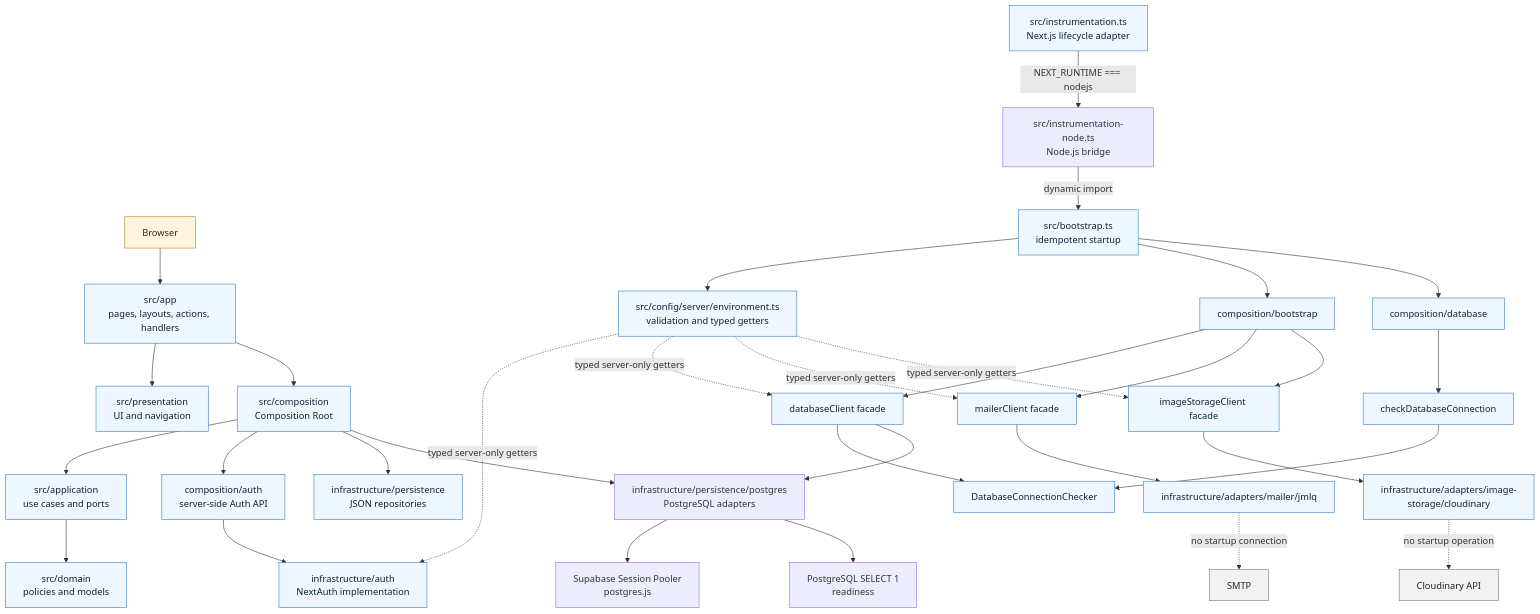
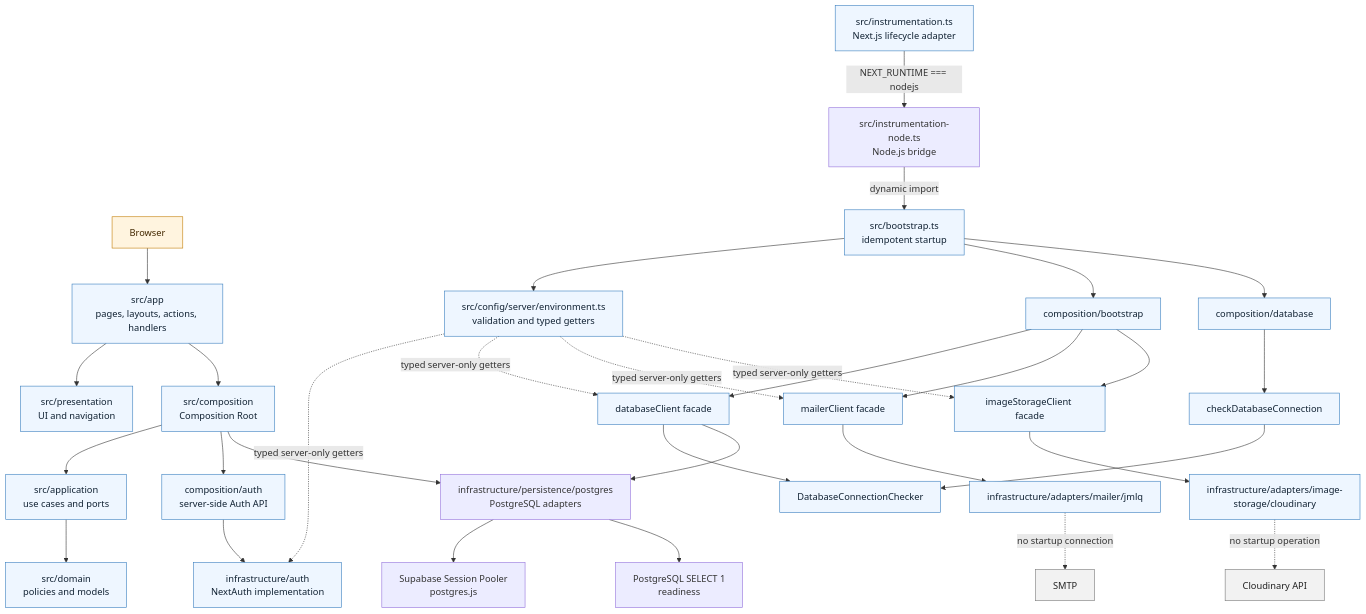
The diagram in architecture.md (MLahuasi/opencode-daycare), drawn with Mermaid before and after one commit. The commit also changed 3 other files, not shown here.

Commit message:
Open-Day-Care - spec-32-postgres-persistence-cutover - 4.  Cambiar Auth para usar IDs PostgreSQL y daycareId.

````diff
--- a/architecture.md
+++ b/architecture.md
@@ -80,44 +80,43 @@
 ```mermaid
 flowchart TB
     BROWSER[Browser] --> ROUTES[src/app<br/>pages, layouts, actions, handlers]
     ROUTES --> PRESENTATION[src/presentation<br/>UI and navigation]
     ROUTES --> COMPOSITION[src/composition<br/>Composition Root]
 
     COMPOSITION --> APPLICATION[src/application<br/>use cases and ports]
     APPLICATION --> DOMAIN[src/domain<br/>policies and models]
     COMPOSITION --> AUTH[composition/auth<br/>server-side Auth API]
     AUTH --> AUTH_INFRA[infrastructure/auth<br/>NextAuth implementation]
-    COMPOSITION --> PERSISTENCE[infrastructure/persistence<br/>JSON repositories]
-    COMPOSITION --> POSTGRES[infrastructure/persistence/postgres<br/>PostgreSQL adapters]
+     COMPOSITION --> POSTGRES[infrastructure/persistence/postgres<br/>PostgreSQL adapters]
     POSTGRES --> POOLER[Supabase Session Pooler<br/>postgres.js]
 
     INSTRUMENTATION[src/instrumentation.ts<br/>Next.js lifecycle adapter] -->|NEXT_RUNTIME === nodejs| NODE_INSTRUMENTATION[src/instrumentation-node.ts<br/>Node.js bridge]
     NODE_INSTRUMENTATION -->|dynamic import| BOOTSTRAP[src/bootstrap.ts<br/>idempotent startup]
     BOOTSTRAP --> ENV[src/config/server/environment.ts<br/>validation and typed getters]
     BOOTSTRAP --> BOOT_COMPOSITION[composition/bootstrap]
     BOOTSTRAP --> DB_COMPOSITION[composition/database]
     BOOT_COMPOSITION --> DB_FACADE[databaseClient facade]
     BOOT_COMPOSITION --> MAIL_FACADE[mailerClient facade]
     BOOT_COMPOSITION --> IMAGE_FACADE[imageStorageClient facade]
     DB_COMPOSITION --> CHECK_USE_CASE[checkDatabaseConnection]
     CHECK_USE_CASE --> DB_PORT[DatabaseConnectionChecker]
     DB_FACADE --> DB_PORT
     DB_FACADE --> POSTGRES
     POSTGRES --> READINESS[PostgreSQL SELECT 1<br/>readiness]
     MAIL_FACADE --> JMLQ[infrastructure/adapters/mailer/jmlq]
     JMLQ -. no startup connection .-> SMTP[SMTP]
     IMAGE_FACADE --> CLOUDINARY[infrastructure/adapters/image-storage/cloudinary]
     CLOUDINARY -. no startup operation .-> CLOUDINARY_API[Cloudinary API]
 
     ENV -. typed server-only getters .-> AUTH_INFRA
     ENV -. typed server-only getters .-> DB_FACADE
     ENV -. typed server-only getters .-> MAIL_FACADE
     ENV -. typed server-only getters .-> IMAGE_FACADE
 
     classDef server fill:#eef6ff,stroke:#377dbe,color:#123;
     classDef boundary fill:#fff4df,stroke:#c27b00,color:#432800;
     classDef external fill:#f2f2f2,stroke:#777,color:#222;
-    class ROUTES,PRESENTATION,COMPOSITION,APPLICATION,DOMAIN,AUTH,AUTH_INFRA,PERSISTENCE,INSTRUMENTATION,RUNTIME,BOOTSTRAP,ENV,BOOT_COMPOSITION,DB_COMPOSITION,DB_FACADE,MAIL_FACADE,IMAGE_FACADE,DB_PORT,CHECK_USE_CASE,SUPABASE_PROVIDER,JMLQ,CLOUDINARY server;
+     class ROUTES,PRESENTATION,COMPOSITION,APPLICATION,DOMAIN,AUTH,AUTH_INFRA,INSTRUMENTATION,RUNTIME,BOOTSTRAP,ENV,BOOT_COMPOSITION,DB_COMPOSITION,DB_FACADE,MAIL_FACADE,IMAGE_FACADE,DB_PORT,CHECK_USE_CASE,SUPABASE_PROVIDER,JMLQ,CLOUDINARY server;
     class BROWSER boundary;
     class SUPABASE,SMTP,CLOUDINARY_API external;
 ```
````
